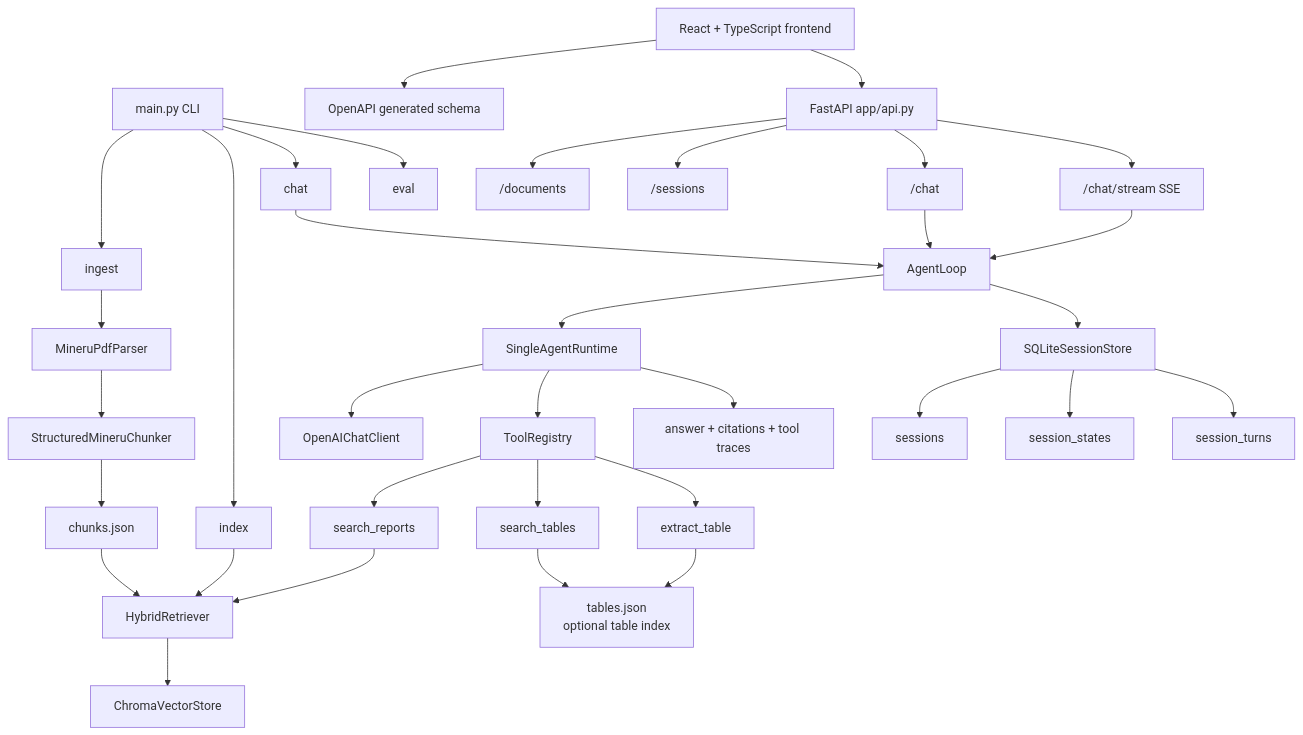
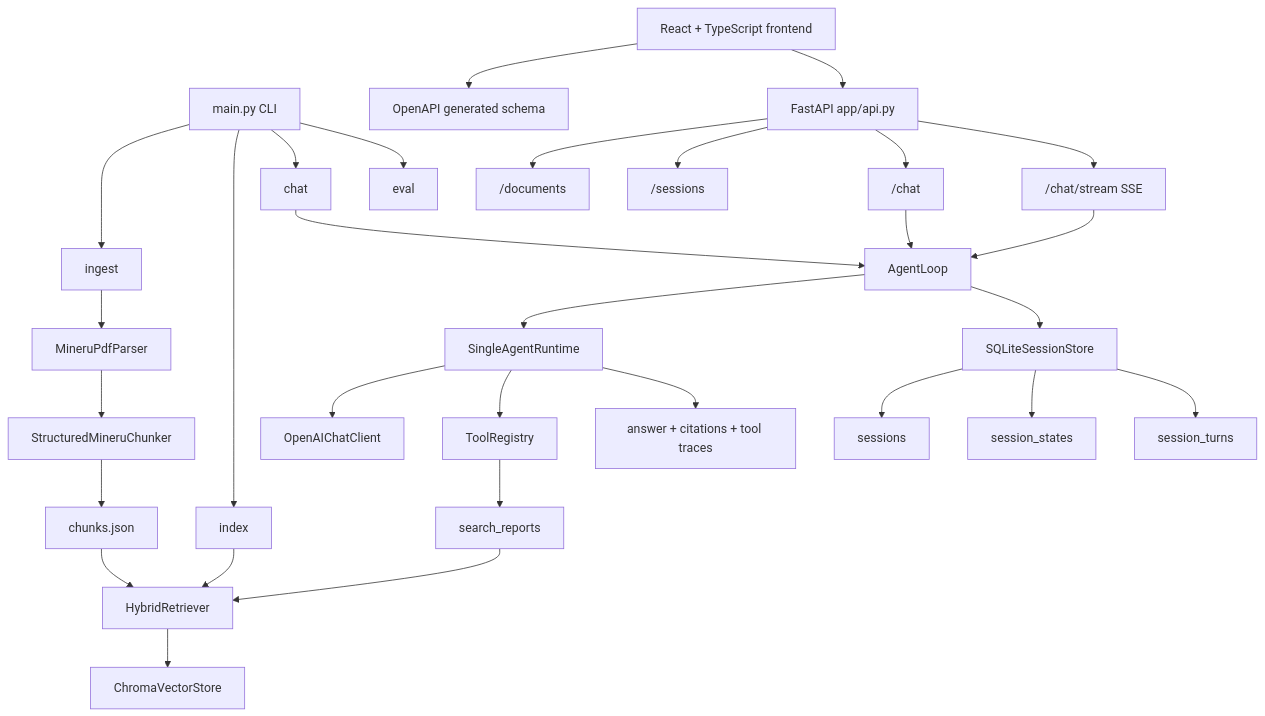
The diagram in README.md (s0meb0dy3/financial-report-rag), drawn with Mermaid before and after one commit. The commit also changed other lines of this file and 32 other files, not shown here.

````diff
--- a/README.md
+++ b/README.md
@@ -235,42 +245,37 @@
 ```mermaid
 flowchart TD
     A["main.py CLI"] --> A1["ingest"]
     A --> A2["index"]
     A --> A3["chat"]
     A --> A4["eval"]
 
     B["FastAPI app/api.py"] --> B1["/documents"]
     B --> B2["/sessions"]
     B --> B3["/chat"]
     B --> B4["/chat/stream SSE"]
 
     F["React + TypeScript frontend"] --> F1["OpenAPI generated schema"]
     F --> B
 
     A1 --> C1["MineruPdfParser"]
     C1 --> C2["StructuredMineruChunker"]
     C2 --> C3["chunks.json"]
-    C4["tables.json<br/>optional table index"]
 
     A2 --> R1["HybridRetriever"]
     C3 --> R1
     R1 --> R2["ChromaVectorStore"]
 
     A3 --> L["AgentLoop"]
     B3 --> L
     B4 --> L
     L --> S["SingleAgentRuntime"]
     S --> O["OpenAIChatClient"]
     S --> T["ToolRegistry"]
     T --> T1["search_reports"]
-    T --> T2["search_tables"]
-    T --> T3["extract_table"]
     T1 --> R1
-    T2 --> C4
-    T3 --> C4
     S --> P["answer + citations + tool traces"]
     L --> DB["SQLiteSessionStore"]
     DB --> D1["sessions"]
     DB --> D2["session_states"]
     DB --> D3["session_turns"]
 ```
````
